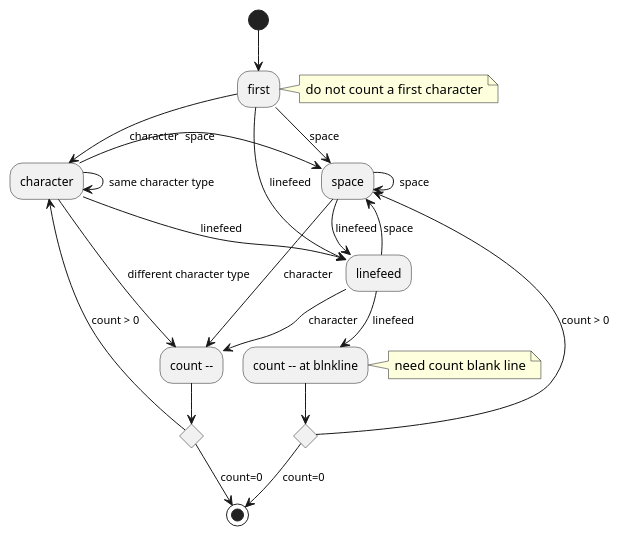
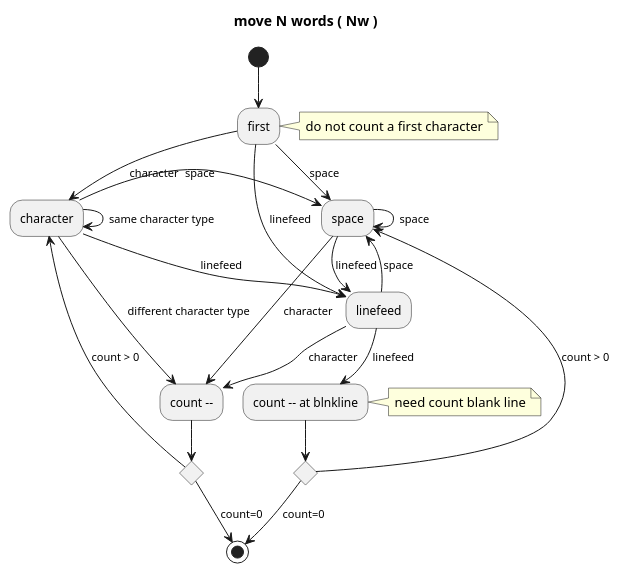
The diagram in src/motion/wordMorionStateModel/moveWord.plantuml (74th/vscode-vim), drawn with PlantUML before and after one commit. The commit also changed 5 other files, not shown here.

```diff
--- a/src/motion/wordMorionStateModel/moveWord.plantuml
+++ b/src/motion/wordMorionStateModel/moveWord.plantuml
@@ -1,36 +1,38 @@
 @startuml
+title move N words ( Nw )
+
 (*) --> first
 
 note right: do not count a first character
 
 first -down-> [character] character
 first -down-> [space] space
 first -down-> [linefeed] "linefeed"
 
 character --> [same character type] character
 character -right-> [space] space
 character -right-> [linefeed] linefeed
 character -down-> [different character type] "count --"
 
 if "" then
 --> [count=0] (*)
 else
 -up-> [count > 0]character
 end if
 
 space -down-> [character] "count --"
 space --> [space] space
 space --> [linefeed] linefeed
 
 "linefeed" --> [linefeed] "count -- at blnkline"
 note right: need count blank line
 if "" then
 --> [count=0] (*)
 else
 -up-> [count > 0] space
 end if
 
 "linefeed" --> [character] "count --"
 "linefeed" --> [space] space
 
 @enduml
```
